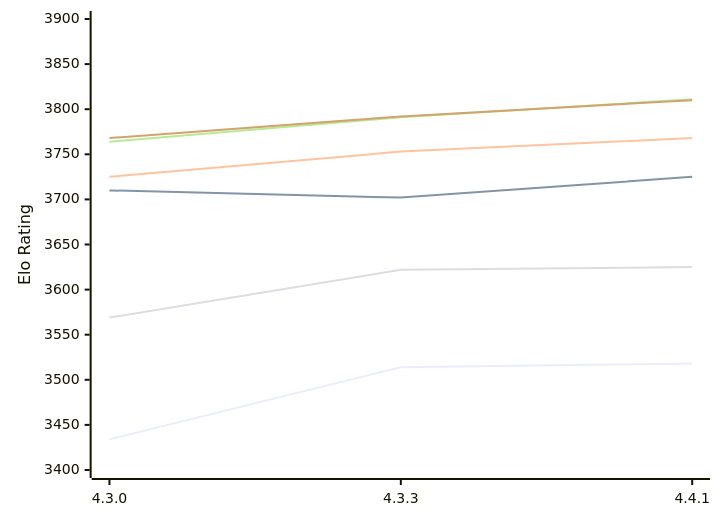
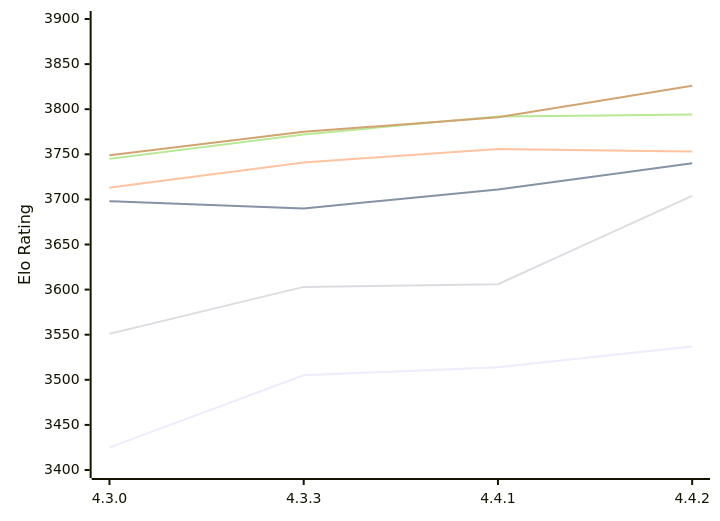
Before and after one commit to computer-chess-index/cci: the first of 2 diagrams in engines/Gaia.md, drawn with Mermaid. The commit also changed other lines of this file, not shown here.

Commit message:
Update CCI Ratings (ELO VLTC) - 2026-11-02

````diff
--- a/engines/Gaia.md
+++ b/engines/Gaia.md
@@ -57,12 +59,12 @@
 ```mermaid
 %%{init: {"theme":"base","themeVariables":{"seriesColors:['#a3a3a3','#222221','#faa371']}}}%%
 xychart-beta
-  x-axis ["4.3.0", "4.3.3", "4.4.1"]
+  x-axis ["4.3.0", "4.3.3", "4.4.1", "4.4.2"]
   y-axis "Elo Rating" 3400 --> 3900
-  line "E1: STC (8.0+0.08s)" [3434, 3514, 3518]
-  line "E1: LTC (60.0+0.60s)" [3710, 3702, 3725]
-  line "E1: VLTC (2m24s+1.12s)" [3725, 3753, 3768]
-  line "P1: STC (8.0+0.08s)" [3569, 3622, 3625]
-  line "P1: LTC (60.0+0.60s)" [3764, 3791, 3811]
-  line "P1: VLTC (2m24s+1.12s)" [3768, 3792, 3810]
+  line "E1: STC (8.0+0.08s)" [3425, 3505, 3514, 3537]
+  line "E1: LTC (60.0+0.60s)" [3698, 3690, 3711, 3740]
+  line "E1: VLTC (2m24s+1.12s)" [3713, 3741, 3756, 3753]
+  line "P1: STC (8.0+0.08s)" [3551, 3603, 3606, 3704]
+  line "P1: LTC (60.0+0.60s)" [3745, 3772, 3792, 3794]
+  line "P1: VLTC (2m24s+1.12s)" [3749, 3775, 3791, 3826]
 ```
````
